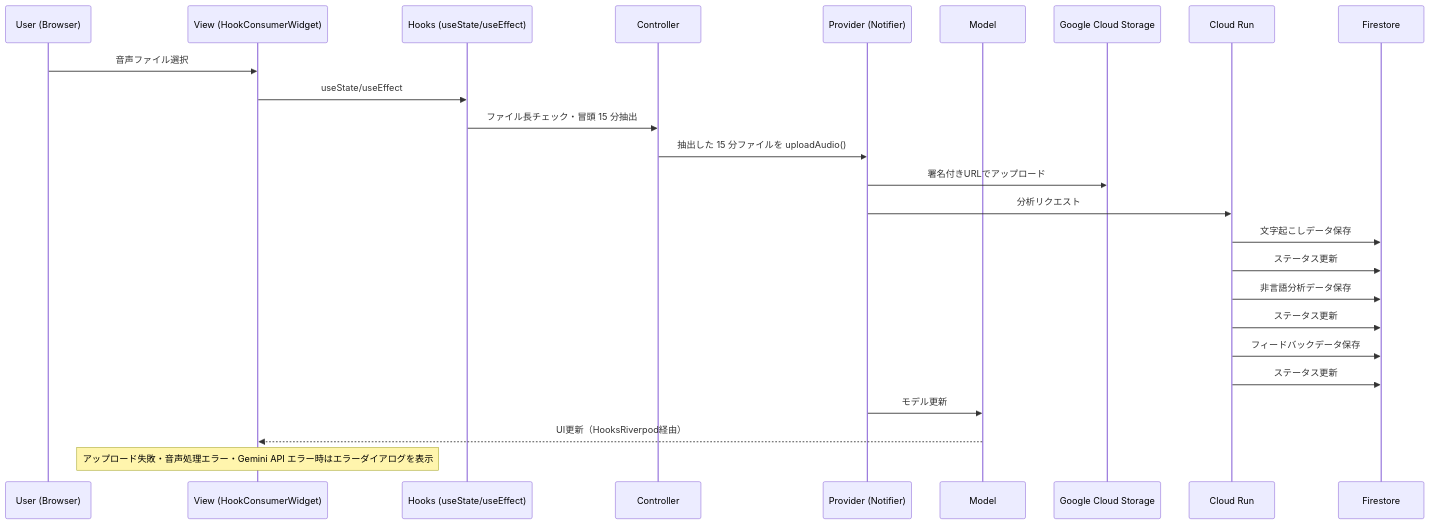
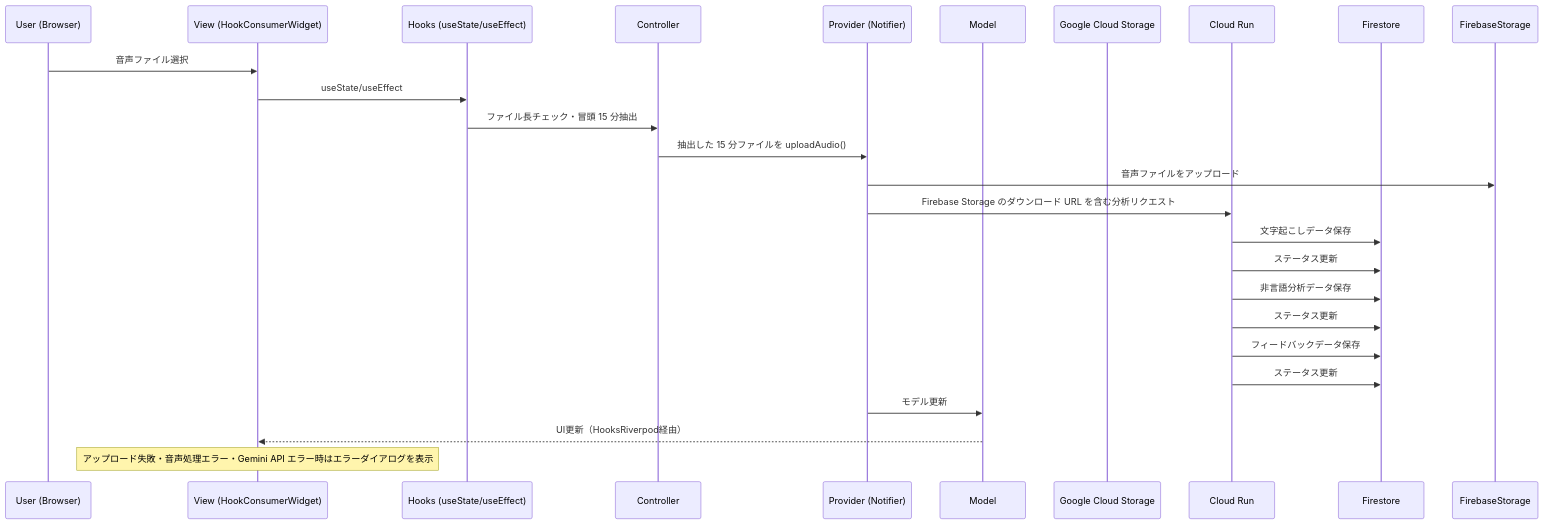
One commit to GrassVenture/date-feed-back changed the first of 2 diagrams in context/mvp/design-doc.md. Above: the diagram before and after it, drawn with Mermaid. The commit also changed other lines of this file, not shown here.

Commit message:
docs: 設計ドキュメントをFirebase Storage対応に更新
- GCS から Firebase Storage へのアップロード先変更を反映
- 分析APIのパラメータにダウンロードURL（file_uri）を明記
- 処理シーケンス図および要件セクションを最新仕様に合わせて修正

````diff
--- a/context/mvp/design-doc.md
+++ b/context/mvp/design-doc.md
@@ -150,28 +150,28 @@
    ```mermaid
    sequenceDiagram
        participant U as User (Browser)
        participant V as View (HookConsumerWidget)
        participant H as Hooks (useState/useEffect)
        participant C as Controller
        participant P as Provider (Notifier)
        participant M as Model
        participant GCS as Google Cloud Storage
        participant CR as Cloud Run
        participant FS as Firestore
 
        U->>V: 音声ファイル選択
        V->>H: useState/useEffect
        H->>C: ファイル長チェック・冒頭 15 分抽出
        C->>P: 抽出した 15 分ファイルを uploadAudio()
-       P->>GCS: 署名付きURLでアップロード
-       P->>CR: 分析リクエスト
+       P->>FirebaseStorage: 音声ファイルをアップロード
+       P->>CR: Firebase Storage のダウンロード URL を含む分析リクエスト
        CR->>FS: 文字起こしデータ保存
        CR->>FS: ステータス更新
        CR->>FS: 非言語分析データ保存
        CR->>FS: ステータス更新
        CR->>FS: フィードバックデータ保存
        CR->>FS: ステータス更新
        P->>M: モデル更新
        M-->>V: UI更新（HooksRiverpod経由）
        Note over V: アップロード失敗・音声処理エラー・Gemini API エラー時はエラーダイアログを表示
    ```
````
